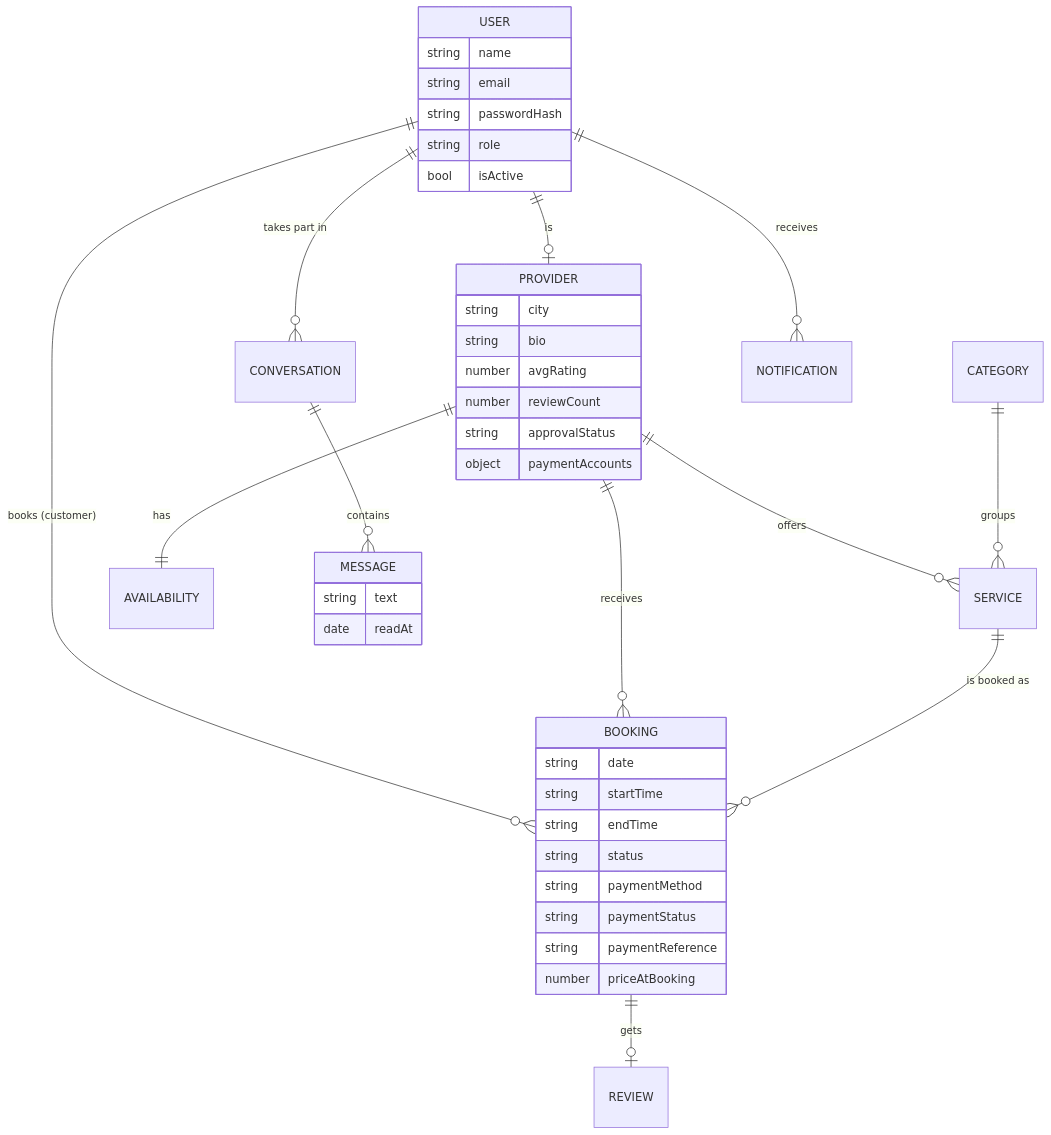
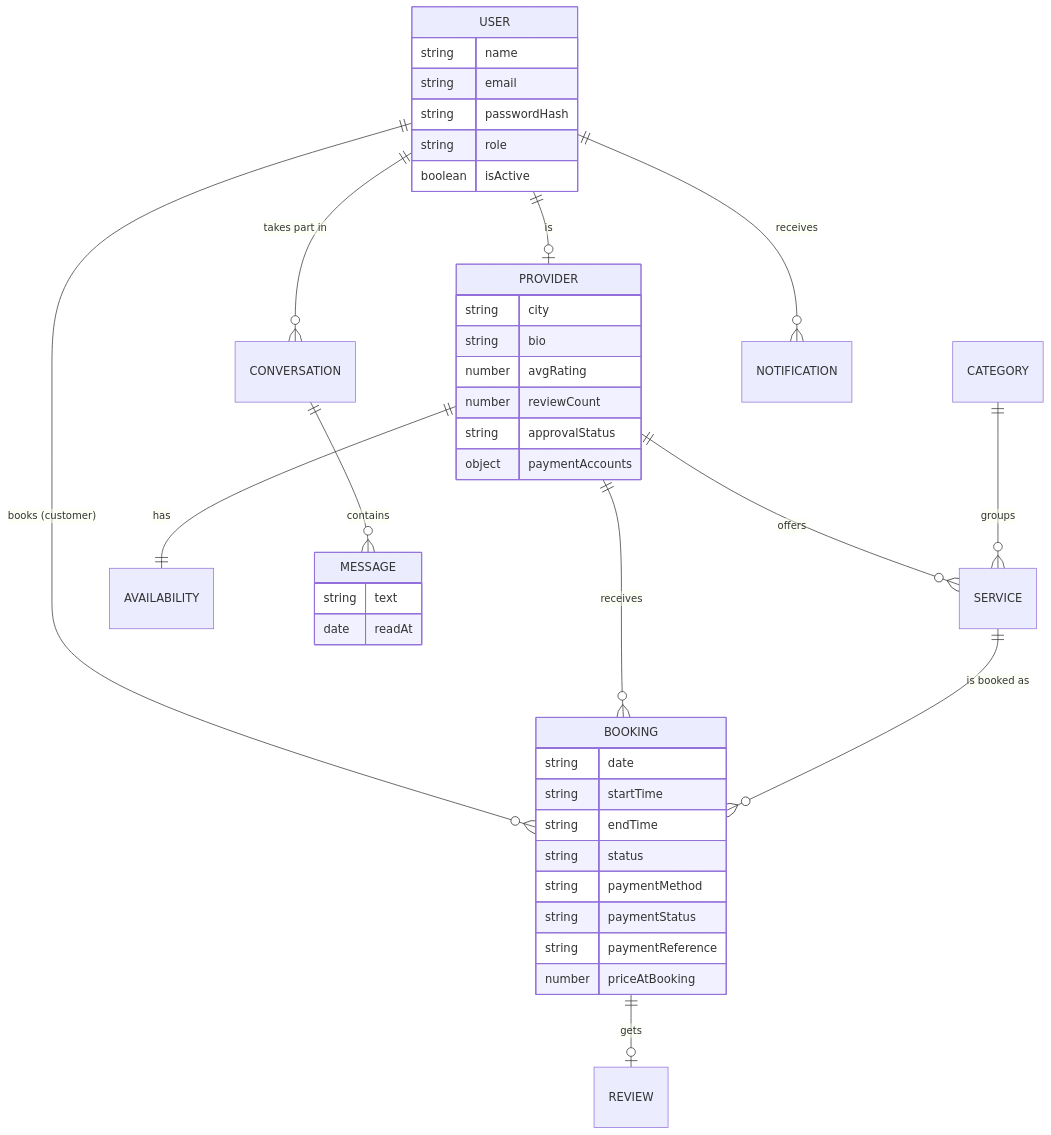
One commit to kinzadev-26/servicelink changed the diagram in README.md. Above: the diagram before and after it, drawn with Mermaid. The commit also changed other lines of this file, not shown here.

Commit message:
updated readme file

````diff
--- a/README.md
+++ b/README.md
@@ -42,18 +42,43 @@
 ```mermaid
 erDiagram
   USER ||--o| PROVIDER : "is"
   PROVIDER ||--o{ SERVICE : offers
   CATEGORY ||--o{ SERVICE : groups
   PROVIDER ||--|| AVAILABILITY : has
   USER ||--o{ BOOKING : "books (customer)"
   PROVIDER ||--o{ BOOKING : receives
   SERVICE ||--o{ BOOKING : "is booked as"
   BOOKING ||--o| REVIEW : gets
   USER ||--o{ CONVERSATION : "takes part in"
   CONVERSATION ||--o{ MESSAGE : contains
   USER ||--o{ NOTIFICATION : receives
-  USER { string name string email string passwordHash string role bool isActive }
-  PROVIDER { string city string bio number avgRating number reviewCount string approvalStatus object paymentAccounts }
-  BOOKING { string date string startTime string endTime string status string paymentMethod string paymentStatus string paymentReference number priceAtBooking }
-  MESSAGE { string text date readAt }
+  USER {
+    string name
+    string email
+    string passwordHash
+    string role
+    boolean isActive
+  }
+  PROVIDER {
+    string city
+    string bio
+    number avgRating
+    number reviewCount
+    string approvalStatus
+    object paymentAccounts
+  }
+  BOOKING {
+    string date
+    string startTime
+    string endTime
+    string status
+    string paymentMethod
+    string paymentStatus
+    string paymentReference
+    number priceAtBooking
+  }
+  MESSAGE {
+    string text
+    date readAt
+  }
 ```
````
